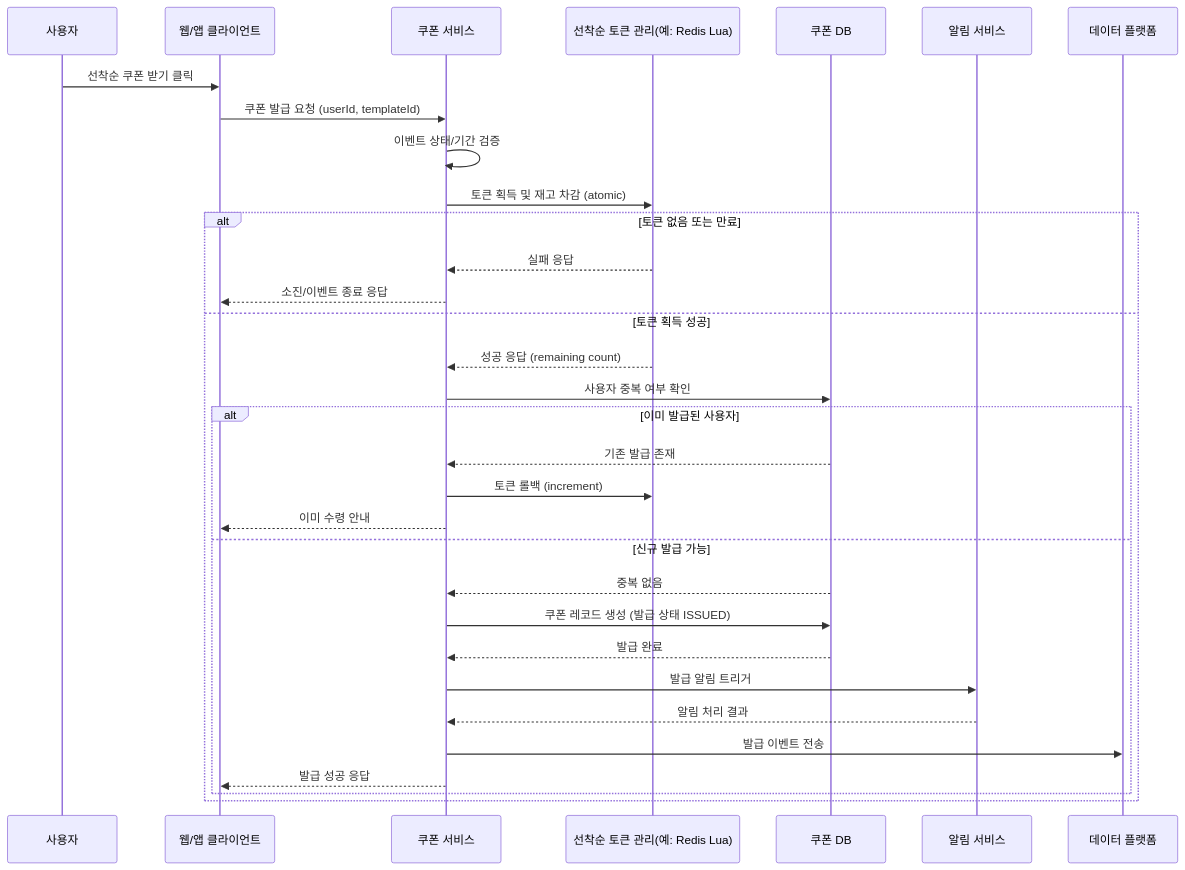
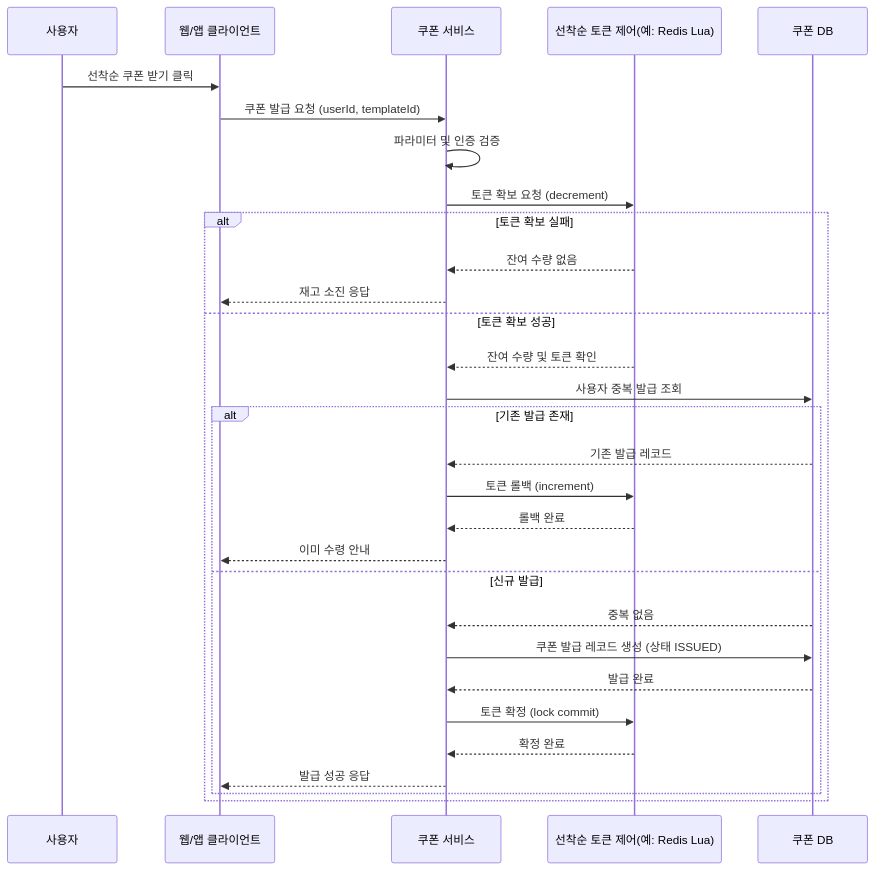
The diagram in joopang/specs/coupon/sequence-diagram.mmd (titaniper/hp), drawn with Mermaid before and after one commit. The commit also changed 2 other files, not shown here.

```diff
--- a/joopang/specs/coupon/sequence-diagram.mmd
+++ b/joopang/specs/coupon/sequence-diagram.mmd
@@ -1,33 +1,31 @@
 sequenceDiagram
     participant U as 사용자
     participant FE as 웹/앱 클라이언트
     participant CS as 쿠폰 서비스
-    participant RL as 선착순 토큰 관리(예: Redis Lua)
+    participant RL as 선착순 토큰 제어(예: Redis Lua)
     participant DB as 쿠폰 DB
-    participant NS as 알림 서비스
-    participant DP as 데이터 플랫폼
 
     U->>FE: 선착순 쿠폰 받기 클릭
     FE->>CS: 쿠폰 발급 요청 (userId, templateId)
-    CS->>CS: 이벤트 상태/기간 검증
-    CS->>RL: 토큰 획득 및 재고 차감 (atomic)
-    alt 토큰 없음 또는 만료
-        RL-->>CS: 실패 응답
-        CS-->>FE: 소진/이벤트 종료 응답
-    else 토큰 획득 성공
-        RL-->>CS: 성공 응답 (remaining count)
-        CS->>DB: 사용자 중복 여부 확인
-        alt 이미 발급된 사용자
-            DB-->>CS: 기존 발급 존재
+    CS->>CS: 파라미터 및 인증 검증
+    CS->>RL: 토큰 확보 요청 (decrement)
+    alt 토큰 확보 실패
+        RL-->>CS: 잔여 수량 없음
+        CS-->>FE: 재고 소진 응답
+    else 토큰 확보 성공
+        RL-->>CS: 잔여 수량 및 토큰 확인
+        CS->>DB: 사용자 중복 발급 조회
+        alt 기존 발급 존재
+            DB-->>CS: 기존 발급 레코드
             CS->>RL: 토큰 롤백 (increment)
+            RL-->>CS: 롤백 완료
             CS-->>FE: 이미 수령 안내
-        else 신규 발급 가능
+        else 신규 발급
             DB-->>CS: 중복 없음
-            CS->>DB: 쿠폰 레코드 생성 (발급 상태 ISSUED)
+            CS->>DB: 쿠폰 발급 레코드 생성 (상태 ISSUED)
             DB-->>CS: 발급 완료
-            CS->>NS: 발급 알림 트리거
-            NS-->>CS: 알림 처리 결과
-            CS->>DP: 발급 이벤트 전송
+            CS->>RL: 토큰 확정 (lock commit)
+            RL-->>CS: 확정 완료
             CS-->>FE: 발급 성공 응답
         end
     end
```
